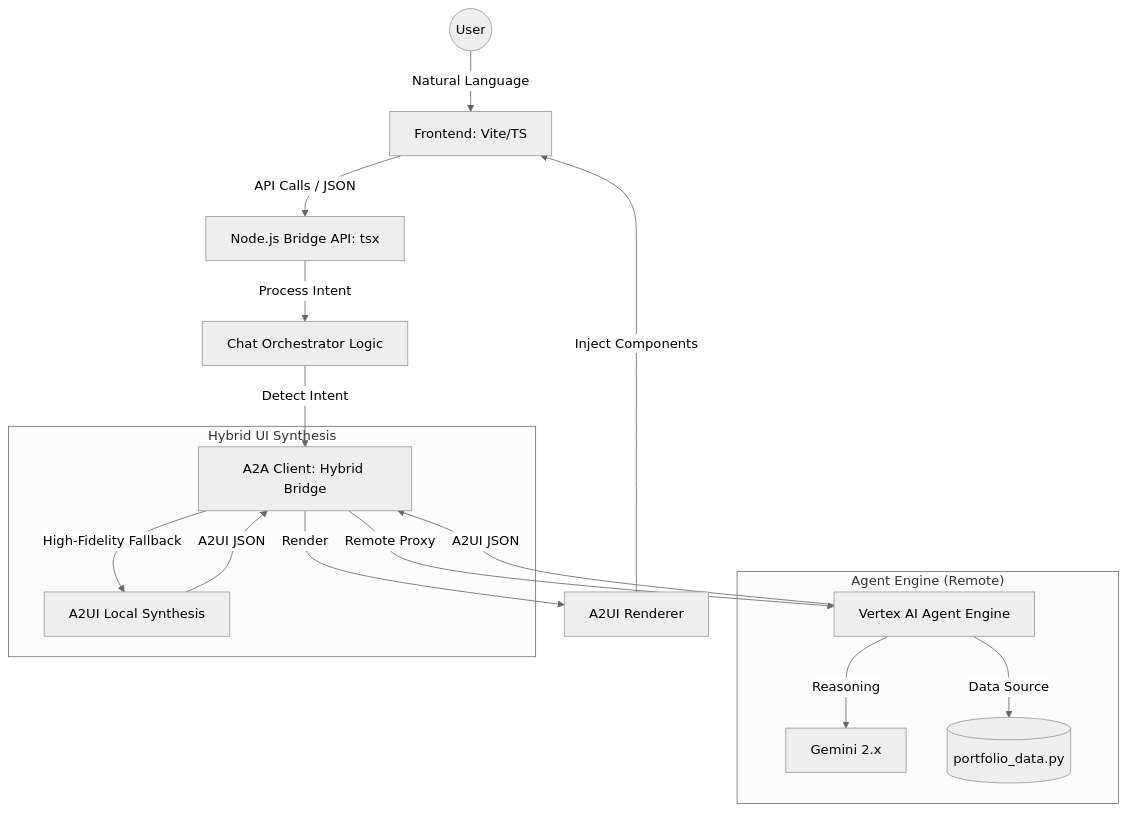
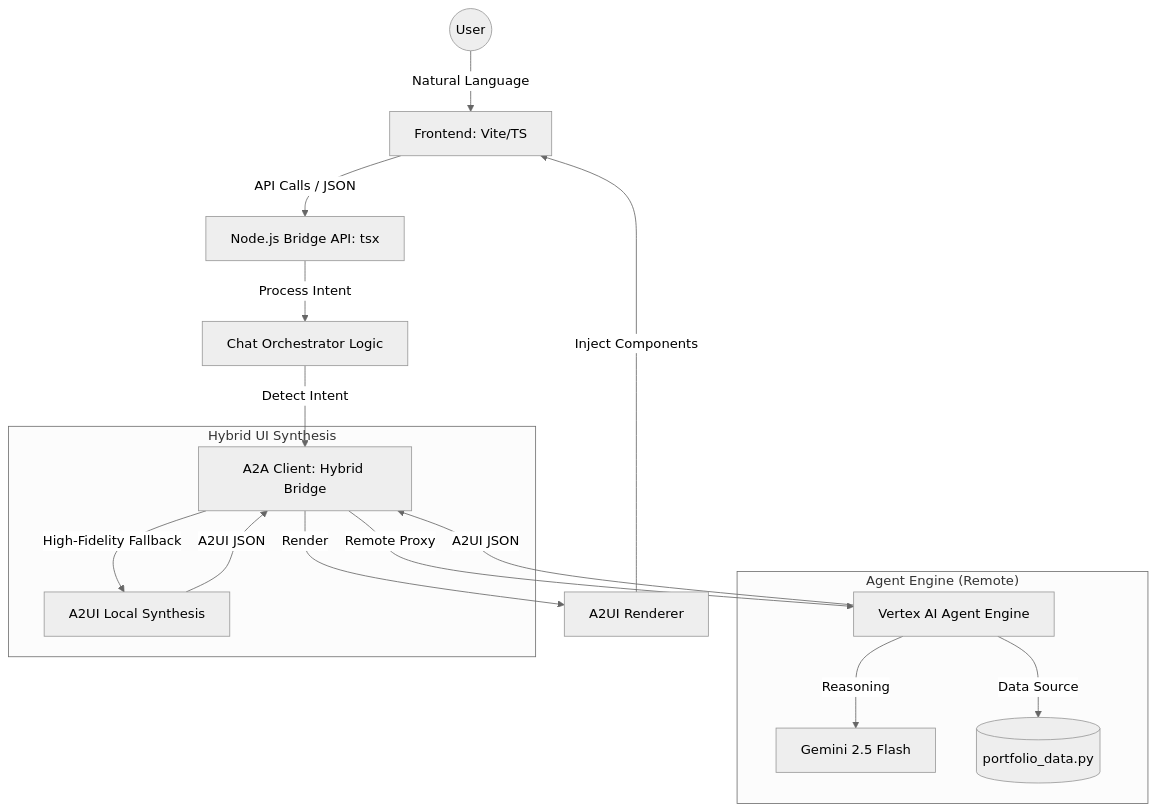
Before and after one commit to enriquekalven/portfolio-agent: the diagram in README.md, drawn with Mermaid (neutral theme). The commit also changed other lines of this file and 16 other files, not shown here.

````diff
--- a/README.md
+++ b/README.md
@@ -9,23 +9,23 @@
 ```mermaid
 graph TD
     User((User)) -->|Natural Language| FE[Frontend: Vite/TS]
     FE -->|API Calls / JSON| API[Node.js Bridge API: tsx]
     API -->|Process Intent| CO[Chat Orchestrator Logic]
     CO -->|Detect Intent| CL[A2A Client: Hybrid Bridge]
     
     subgraph "Agent Engine (Remote)"
         AE[Vertex AI Agent Engine]
-        AE -->|Reasoning| GEM[Gemini 2.x]
+        AE -->|Reasoning| GEM[Gemini 2.5 Flash]
         AE -->|Data Source| DB[(portfolio_data.py)]
     end
     
     subgraph "Hybrid UI Synthesis"
         CL -->|Remote Proxy| AE
         CL -->|High-Fidelity Fallback| FB[A2UI Local Synthesis]
     end
     
     AE -->|A2UI JSON| CL
     FB -->|A2UI JSON| CL
     CL -->|Render| RN[A2UI Renderer]
     RN -->|Inject Components| FE
 ```
````
